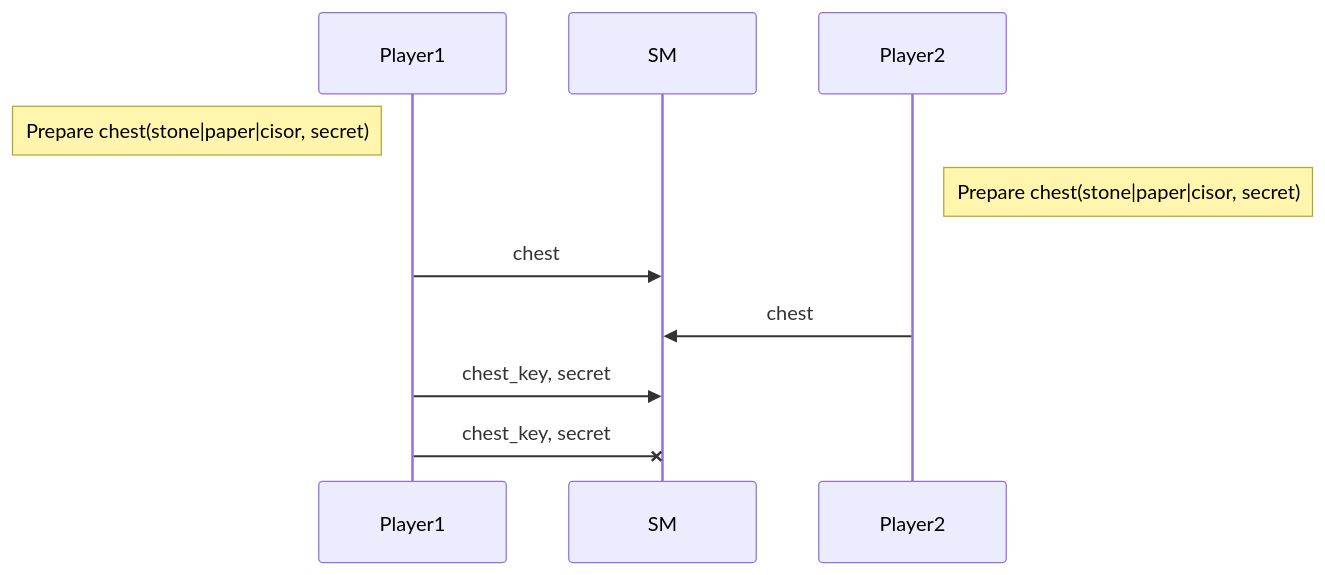
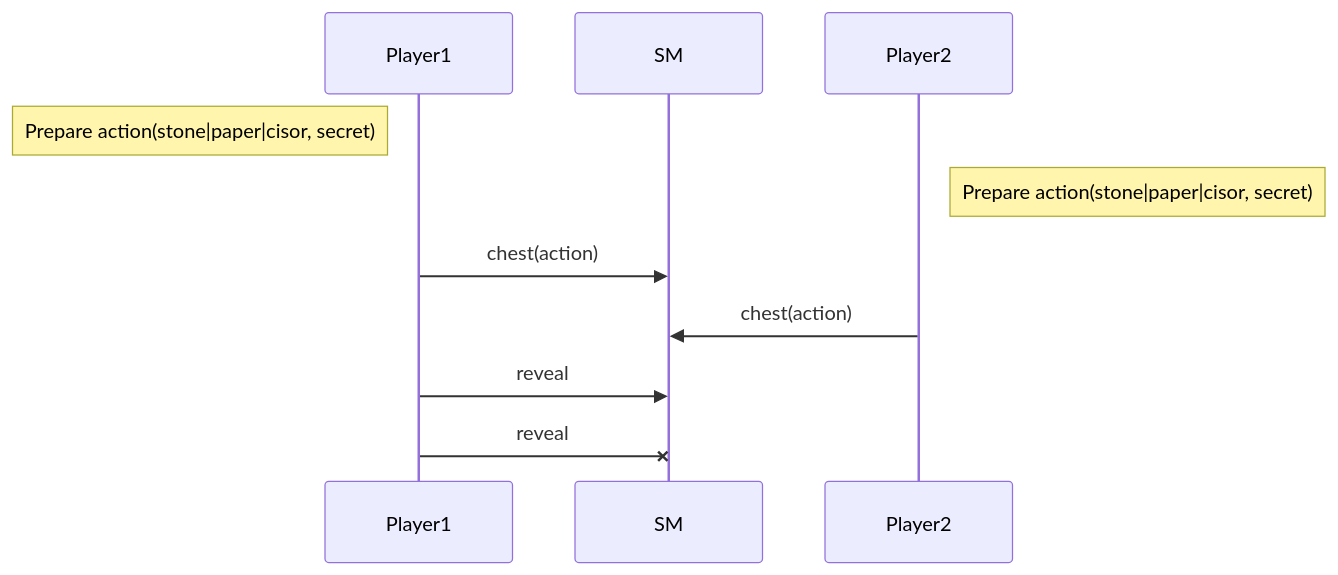
One commit to ligolang/jsligo-training-dapp-shifumi changed the sixth of 6 diagrams in README.md. Above: the diagram before and after it, drawn with Mermaid. The commit also changed other lines of this file, not shown here.

````diff
--- a/README.md
+++ b/README.md
@@ -190,12 +190,12 @@
 ```mermaid
 sequenceDiagram
   participant Player1
   participant SM
   participant Player2
-  Note left of Player1: Prepare chest(stone|paper|cisor, secret)
-  Note right of Player2: Prepare chest(stone|paper|cisor, secret)
-  Player1->>SM: chest
-  Player2->>SM: chest
-  Player1->>SM: chest_key, secret
-  Player1-xSM: chest_key, secret
+  Note left of Player1: Prepare action(stone|paper|cisor, secret)
+  Note right of Player2: Prepare action(stone|paper|cisor, secret)
+  Player1->>SM: chest(action)
+  Player2->>SM: chest(action)
+  Player1->>SM: reveal
+  Player1-xSM: reveal
 ```
````
